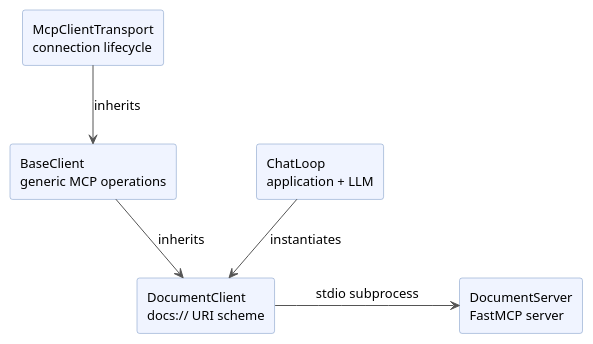
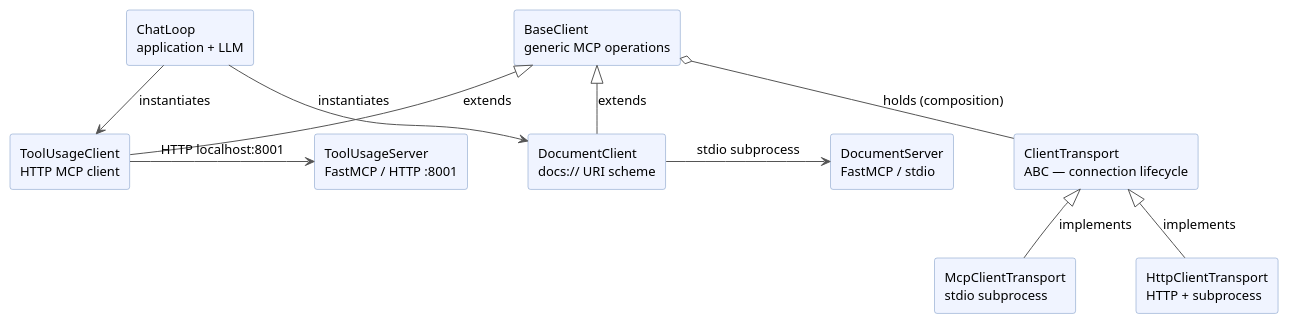
The diagram in diagrams/mcp-architecture.puml (lzfelix/building-with-claude), drawn with PlantUML before and after one commit. The commit also changed 2 other files, not shown here.

Commit message:
docs: update MCP architecture doc and diagram
Document the new ClientTransport ABC, HttpClientTransport, ToolUsageClient,
and ToolUsageServer. Add a design decision entry explaining the composition
change and the intentional _transport._session access from BaseClient.
Regenerate the architecture diagram PNG from the updated PUML source.

```diff
--- a/diagrams/mcp-architecture.puml
+++ b/diagrams/mcp-architecture.puml
@@ -1,24 +1,33 @@
 @startuml mcp-architecture
 skinparam backgroundColor white
 skinparam defaultFontSize 13
 skinparam ArrowColor #555555
-skinparam nodesep 80
-skinparam ranksep 60
+skinparam nodesep 60
+skinparam ranksep 50
 
 skinparam rectangle {
     BackgroundColor #F0F4FF
     BorderColor #7090C0
 }
 
-rectangle "McpClientTransport\nconnection lifecycle" as transport
+rectangle "ClientTransport\nABC — connection lifecycle" as transport
+rectangle "McpClientTransport\nstdio subprocess" as stdio_transport
+rectangle "HttpClientTransport\nHTTP + subprocess" as http_transport
 rectangle "BaseClient\ngeneric MCP operations" as base
 rectangle "DocumentClient\ndocs:// URI scheme" as docclient
-rectangle "DocumentServer\nFastMCP server" as docserver
+rectangle "DocumentServer\nFastMCP / stdio" as docserver
+rectangle "ToolUsageClient\nHTTP MCP client" as toolclient
+rectangle "ToolUsageServer\nFastMCP / HTTP :8001" as toolserver
 rectangle "ChatLoop\napplication + LLM" as chat
 
-transport -down-> base       : inherits
-base     -down-> docclient   : inherits
-chat     -down-> docclient   : instantiates
-docclient -right-> docserver : stdio subprocess
+transport <|-- stdio_transport   : implements
+transport <|-- http_transport    : implements
+base       o-- transport         : holds (composition)
+base      <|-- docclient         : extends
+base      <|-- toolclient        : extends
+chat      -down-> docclient      : instantiates
+chat      -down-> toolclient     : instantiates
+docclient -right-> docserver     : stdio subprocess
+toolclient -right-> toolserver   : HTTP localhost:8001
 
 @enduml
```
